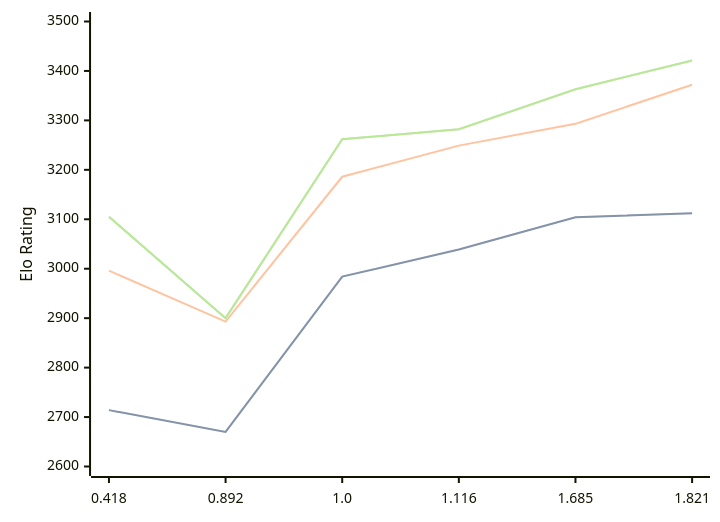
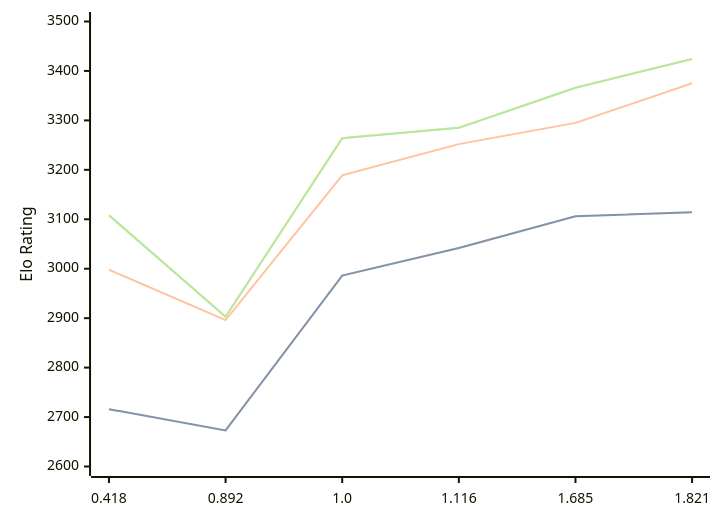
One commit to computer-chess-index/cci changed the diagram in engines/Malika.md. Above: the diagram before and after it, drawn with Mermaid. The commit also changed other lines of this file, not shown here.

Commit message:
Update CCI Ratings (ELO VLTC) - 2026-09-24

````diff
--- a/engines/Malika.md
+++ b/engines/Malika.md
@@ -36,11 +36,11 @@
 ```mermaid
 %%{init: {"theme":"base","themeVariables":{"seriesColors:['#a3a3a3','#222221','#faa371']}}}%%
 xychart-beta
   x-axis ["0.418", "0.892", "1.0", "1.116", "1.685", "1.821"]
   y-axis "Elo Rating" 2600 --> 3500
-  line "" [2714, 2670, 2984, 3039, 3104, 3112]
-  line "STC (8.0+0.08s)" [2714, 2670, 2984, 3039, 3104, 3112]
-  line "LTC (60.0+0.60s)" [2996, 2893, 3186, 3249, 3293, 3372]
-  line "" [3105, 2900, 3262, 3282, 3363, 3421]
-  line "VLTC (2m24s+1.12s)" [3105, 2900, 3262, 3282, 3363, 3421]
+  line "" [2716, 2673, 2986, 3042, 3106, 3114]
+  line "STC (8.0+0.08s)" [2716, 2673, 2986, 3042, 3106, 3114]
+  line "LTC (60.0+0.60s)" [2998, 2896, 3189, 3252, 3295, 3375]
+  line "" [3108, 2903, 3264, 3285, 3366, 3424]
+  line "VLTC (2m24s+1.12s)" [3108, 2903, 3264, 3285, 3366, 3424]
 ```
````
